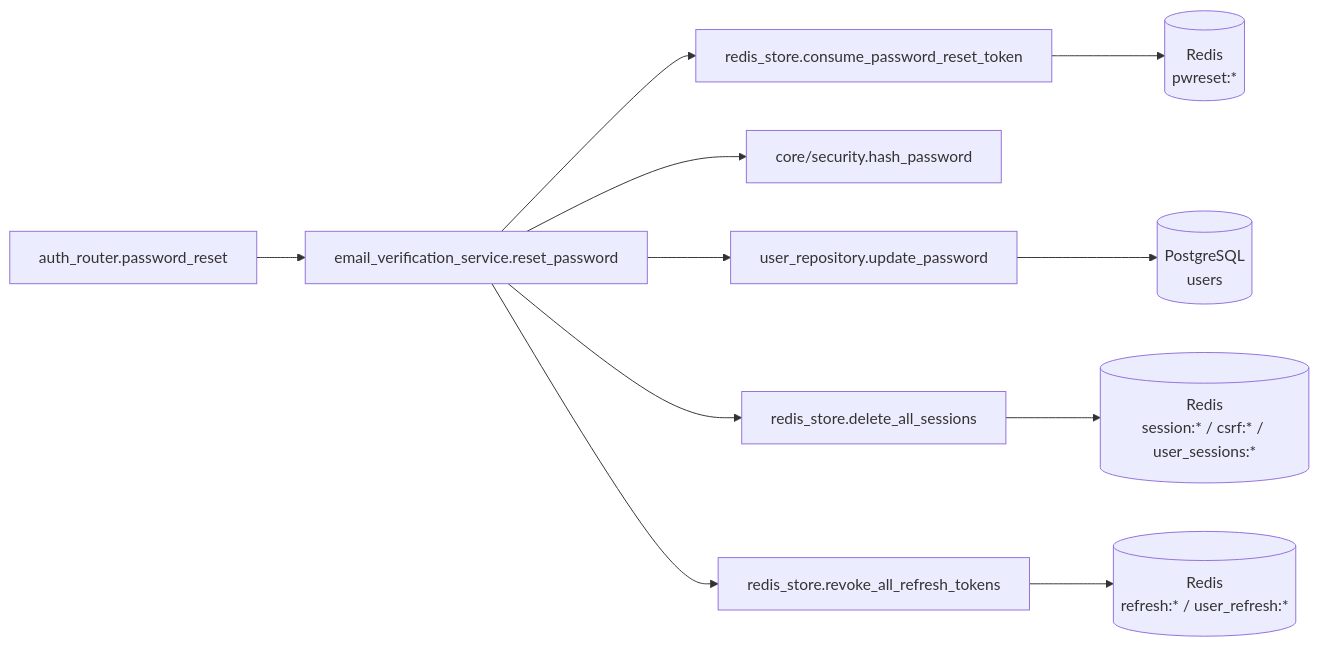
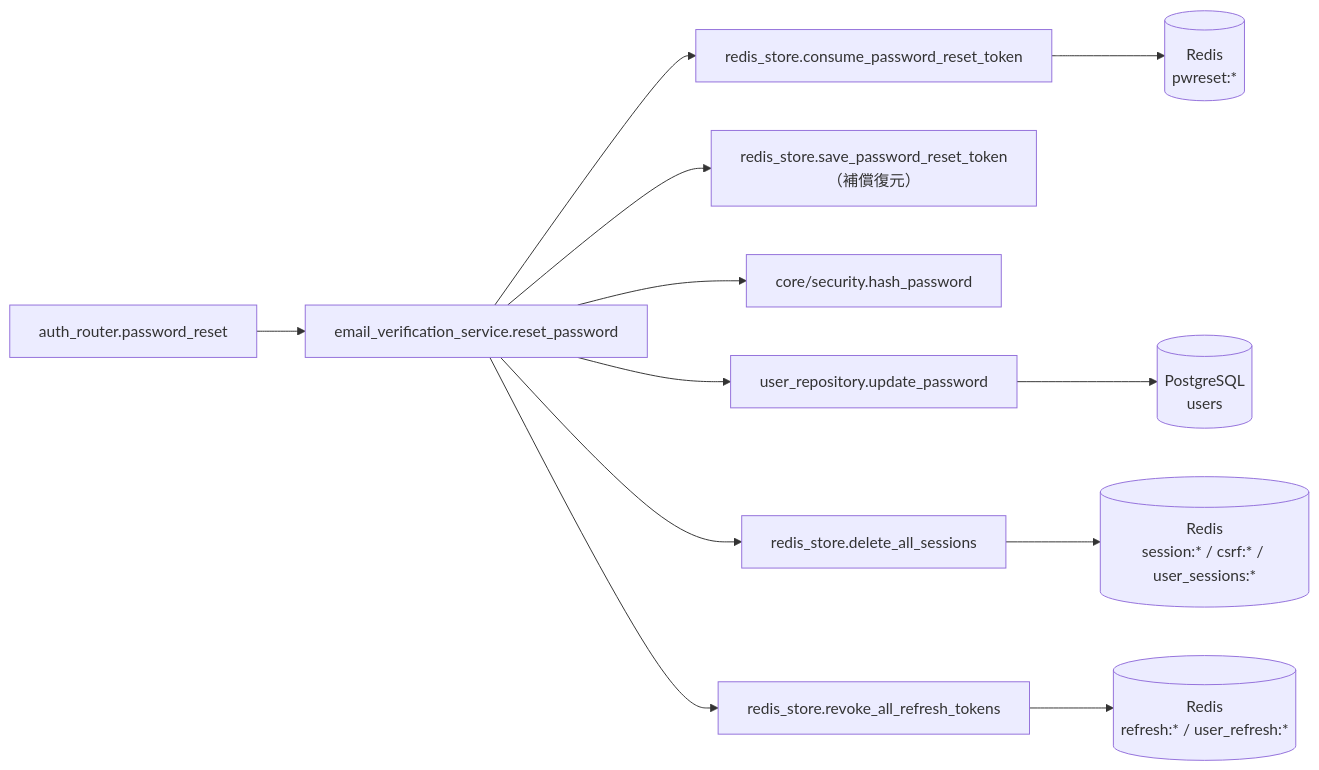
The third of 4 diagrams in docs/detailed_design/api/auth/10_post_auth_password_reset.md (oikawa-d/task_management), drawn with Mermaid before and after one commit. The commit also changed other lines of this file and 65 other files, not shown here.

````diff
--- a/docs/detailed_design/api/auth/10_post_auth_password_reset.md
+++ b/docs/detailed_design/api/auth/10_post_auth_password_reset.md
@@ -222,13 +239,14 @@
 ```mermaid
 flowchart LR
     R["auth_router.password_reset"] --> S["email_verification_service.reset_password"]
     S --> RD1["redis_store.consume_password_reset_token"]
+    S --> RD4["redis_store.save_password_reset_token（補償復元）"]
     S --> SEC["core/security.hash_password"]
     S --> UR["user_repository.update_password"]
     S --> RD2["redis_store.delete_all_sessions"]
     S --> RD3["redis_store.revoke_all_refresh_tokens"]
     RD1 --> REDIS1[("Redis<br/>pwreset:*")]
     UR --> PG[("PostgreSQL<br/>users")]
     RD2 --> REDIS2[("Redis<br/>session:* / csrf:* / user_sessions:*")]
     RD3 --> REDIS3[("Redis<br/>refresh:* / user_refresh:*")]
 ```
````
